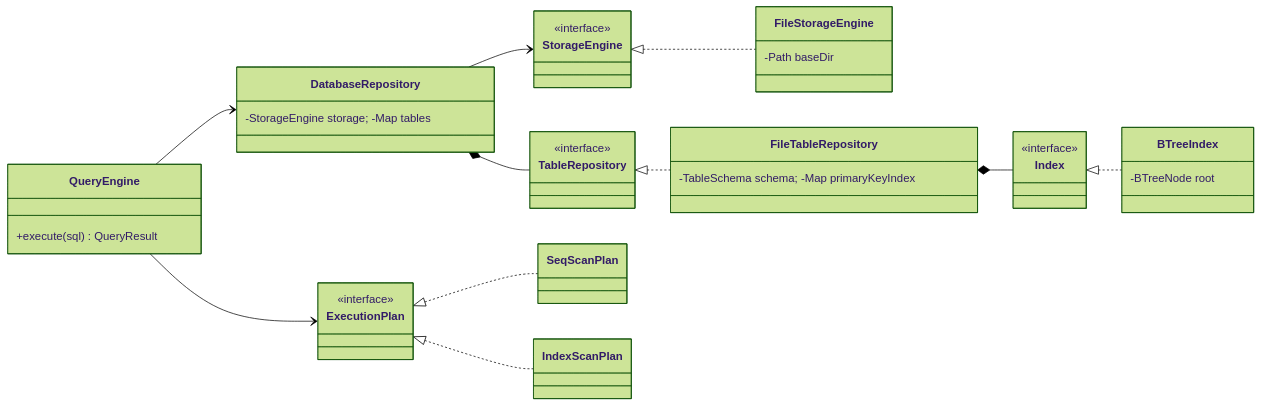
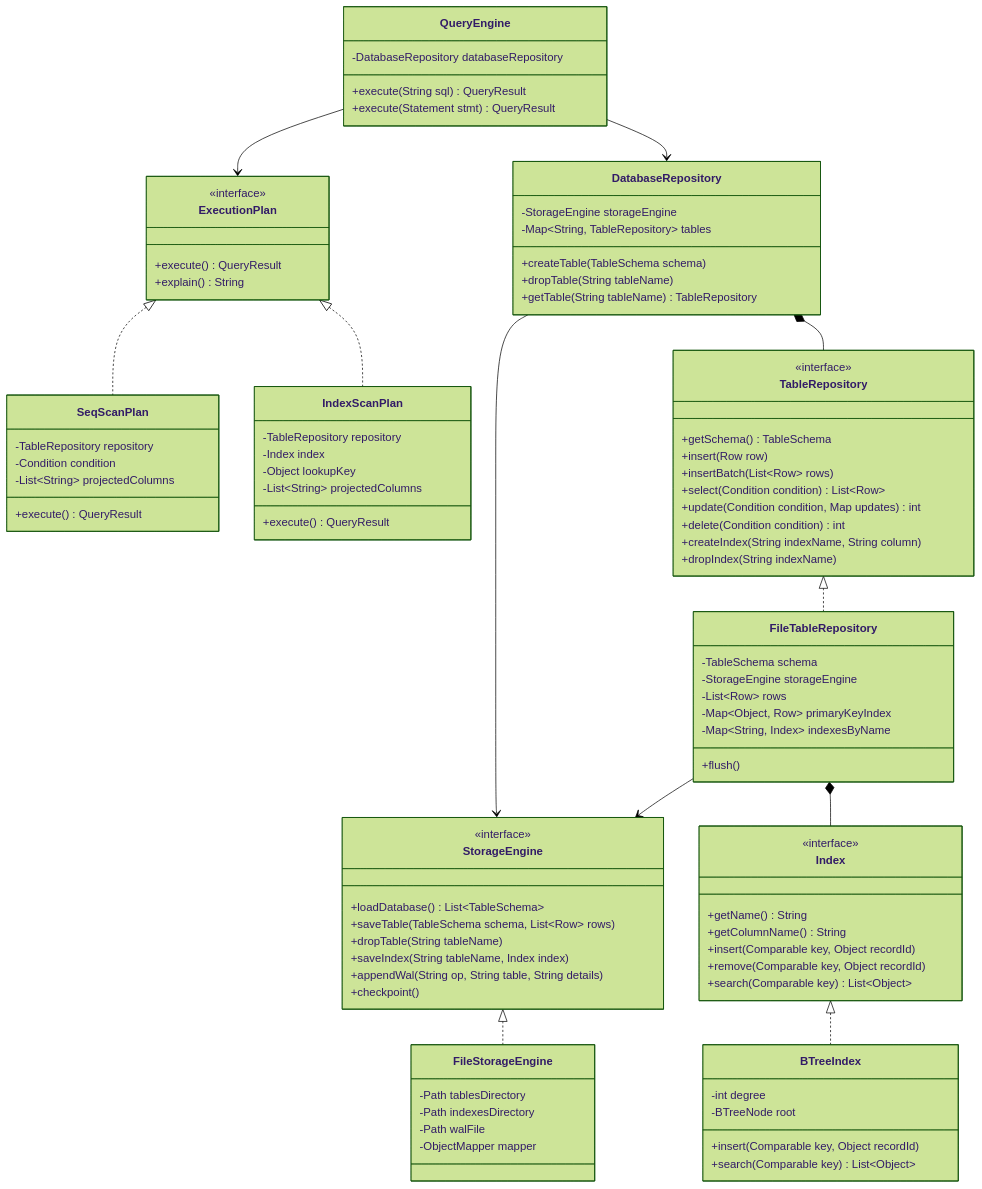
Before and after one commit to DanislonZombovich/simple-db: the first of 3 diagrams in README.md, drawn with Mermaid (forest theme). The commit also changed other lines of this file, not shown here.

````diff
--- a/README.md
+++ b/README.md
@@ -66,26 +32,105 @@
 ```mermaid
 classDiagram
-    direction LR
-    class StorageEngine { <<interface>> }
-    class FileStorageEngine { -Path baseDir }
-    class TableRepository { <<interface>> }
-    class FileTableRepository { -TableSchema schema; -Map primaryKeyIndex }
-    class DatabaseRepository { -StorageEngine storage; -Map tables }
-    class Index { <<interface>> }
-    class BTreeIndex { -BTreeNode root }
-    class QueryEngine { +execute(sql) QueryResult }
-    class ExecutionPlan { <<interface>> }
-    class SeqScanPlan
-    class IndexScanPlan
+    direction TB
 
-    StorageEngine <|.. FileStorageEngine
-    TableRepository <|.. FileTableRepository
-    DatabaseRepository --> StorageEngine
-    DatabaseRepository *-- TableRepository
-    FileTableRepository *-- Index
-    Index <|.. BTreeIndex
+    class QueryEngine {
+        -DatabaseRepository databaseRepository
+        +execute(String sql) QueryResult
+        +execute(Statement stmt) QueryResult
+    }
+
+    class ExecutionPlan {
+        <<interface>>
+        +execute() QueryResult
+        +explain() String
+    }
+
+    class SeqScanPlan {
+        -TableRepository repository
+        -Condition condition
+        -List~String~ projectedColumns
+        +execute() QueryResult
+    }
+
+    class IndexScanPlan {
+        -TableRepository repository
+        -Index index
+        -Object lookupKey
+        -List~String~ projectedColumns
+        +execute() QueryResult
+    }
+
+    class DatabaseRepository {
+        -StorageEngine storageEngine
+        -Map~String, TableRepository~ tables
+        +createTable(TableSchema schema)
+        +dropTable(String tableName)
+        +getTable(String tableName) TableRepository
+    }
+
+    class TableRepository {
+        <<interface>>
+        +getSchema() TableSchema
+        +insert(Row row)
+        +insertBatch(List~Row~ rows)
+        +select(Condition condition) List~Row~
+        +update(Condition condition, Map updates) int
+        +delete(Condition condition) int
+        +createIndex(String indexName, String column)
+        +dropIndex(String indexName)
+    }
+
+    class FileTableRepository {
+        -TableSchema schema
+        -StorageEngine storageEngine
+        -List~Row~ rows
+        -Map~Object, Row~ primaryKeyIndex
+        -Map~String, Index~ indexesByName
+        +flush()
+    }
+
+    class StorageEngine {
+        <<interface>>
+        +loadDatabase() List~TableSchema~
+        +saveTable(TableSchema schema, List~Row~ rows)
+        +dropTable(String tableName)
+        +saveIndex(String tableName, Index index)
+        +appendWal(String op, String table, String details)
+        +checkpoint()
+    }
+
+    class FileStorageEngine {
+        -Path tablesDirectory
+        -Path indexesDirectory
+        -Path walFile
+        -ObjectMapper mapper
+    }
+
+    class Index {
+        <<interface>>
+        +getName() String
+        +getColumnName() String
+        +insert(Comparable key, Object recordId)
+        +remove(Comparable key, Object recordId)
+        +search(Comparable key) List~Object~
+    }
+
+    class BTreeIndex {
+        -int degree
+        -BTreeNode root
+        +insert(Comparable key, Object recordId)
+        +search(Comparable key) List~Object~
+    }
+
     QueryEngine --> DatabaseRepository
     QueryEngine --> ExecutionPlan
     ExecutionPlan <|.. SeqScanPlan
     ExecutionPlan <|.. IndexScanPlan
+    DatabaseRepository --> StorageEngine
+    DatabaseRepository *-- TableRepository
+    TableRepository <|.. FileTableRepository
+    StorageEngine <|.. FileStorageEngine
+    FileTableRepository --> StorageEngine
+    FileTableRepository *-- Index
+    Index <|.. BTreeIndex
 ```
````
